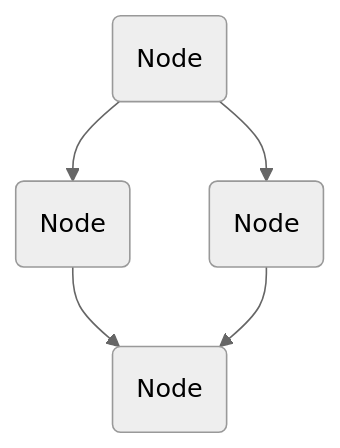
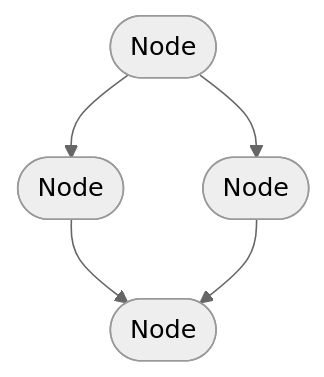
The diagram in docs/Getting Started/main.md (Haz-Test/cmajor), drawn with Mermaid (neutral theme) before and after one commit.

Commit message:
Mermaid Syntax test....

````diff
--- a/docs/Getting Started/main.md
+++ b/docs/Getting Started/main.md
@@ -183,7 +183,7 @@
 ```mermaid
 graph TD;
-    A(Node)-->B(Node);
-    A-->C(Node);
-    B(Node)-->D(Node);
+    A([Node])-->B([Node]);
+    A-->C([Node]);
+    B([Node])-->D([Node]);
     C-->D;
 ```
````
